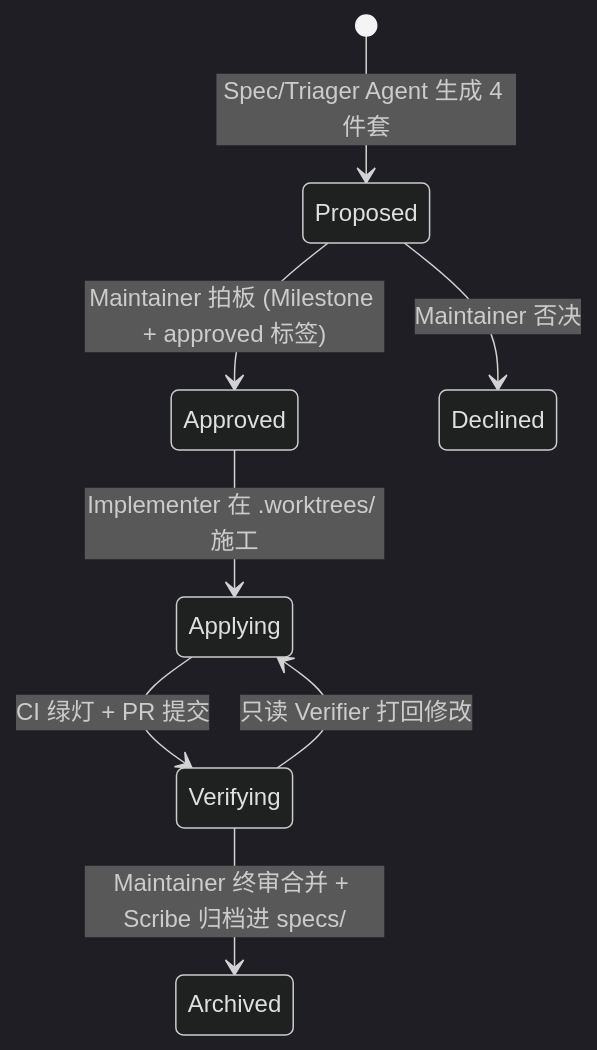
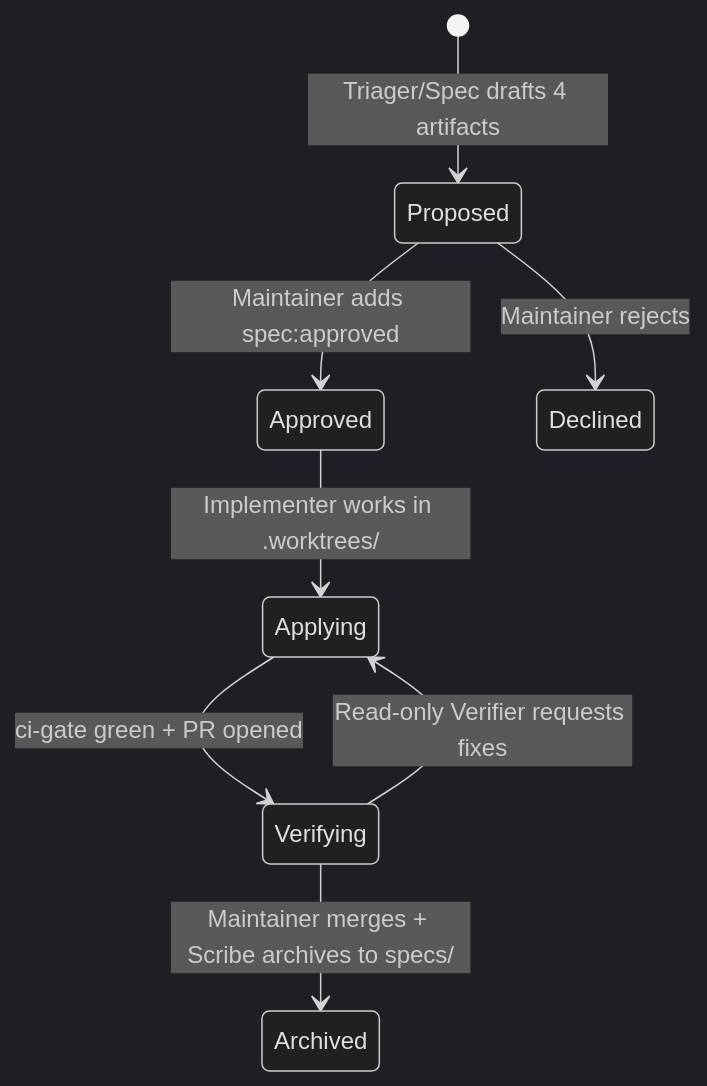
The diagram in openspec/changes/001-resources-openspec-foundation/design.md (risense-ai/respire-resources), drawn with Mermaid (dark theme) before and after one commit. The commit also changed other lines of this file and 51 other files, not shown here.

````diff
--- a/openspec/changes/001-resources-openspec-foundation/design.md
+++ b/openspec/changes/001-resources-openspec-foundation/design.md
@@ -13,10 +13,10 @@
 ```mermaid
 stateDiagram-v2
-    [*] --> Proposed: Spec/Triager Agent 生成 4 件套
-    Proposed --> Approved: Maintainer 拍板 (Milestone + approved 标签)
-    Proposed --> Declined: Maintainer 否决
-    Approved --> Applying: Implementer 在 .worktrees/ 施工
-    Applying --> Verifying: CI 绿灯 + PR 提交
-    Verifying --> Applying: 只读 Verifier 打回修改
-    Verifying --> Archived: Maintainer 终审合并 + Scribe 归档进 specs/
+    [*] --> Proposed: Triager/Spec drafts 4 artifacts
+    Proposed --> Approved: Maintainer adds spec:approved
+    Proposed --> Declined: Maintainer rejects
+    Approved --> Applying: Implementer works in .worktrees/
+    Applying --> Verifying: ci-gate green + PR opened
+    Verifying --> Applying: Read-only Verifier requests fixes
+    Verifying --> Archived: Maintainer merges + Scribe archives to specs/
 ```
````
